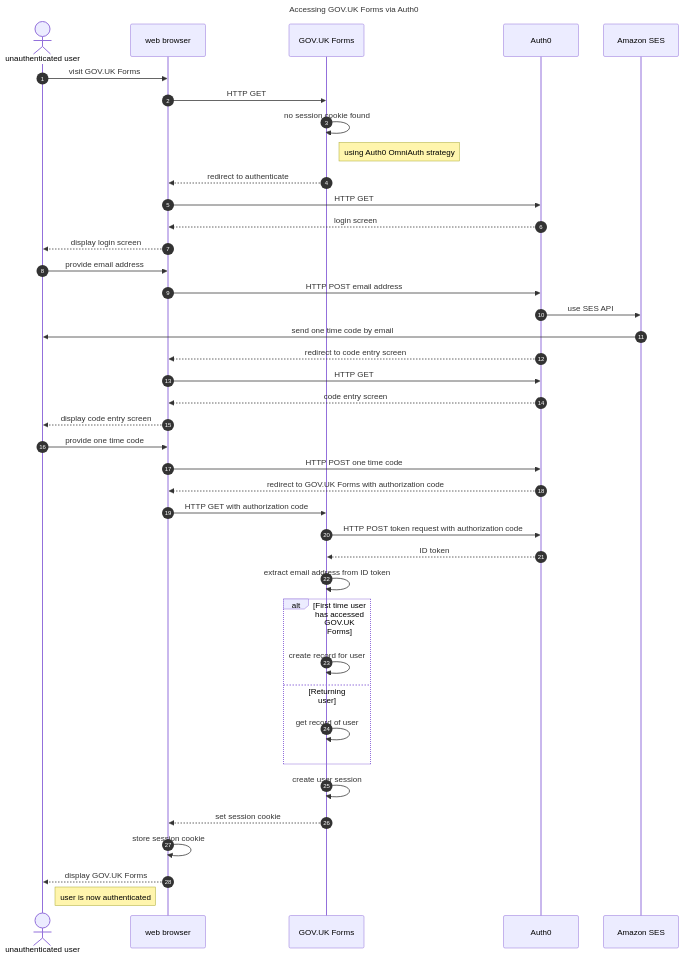
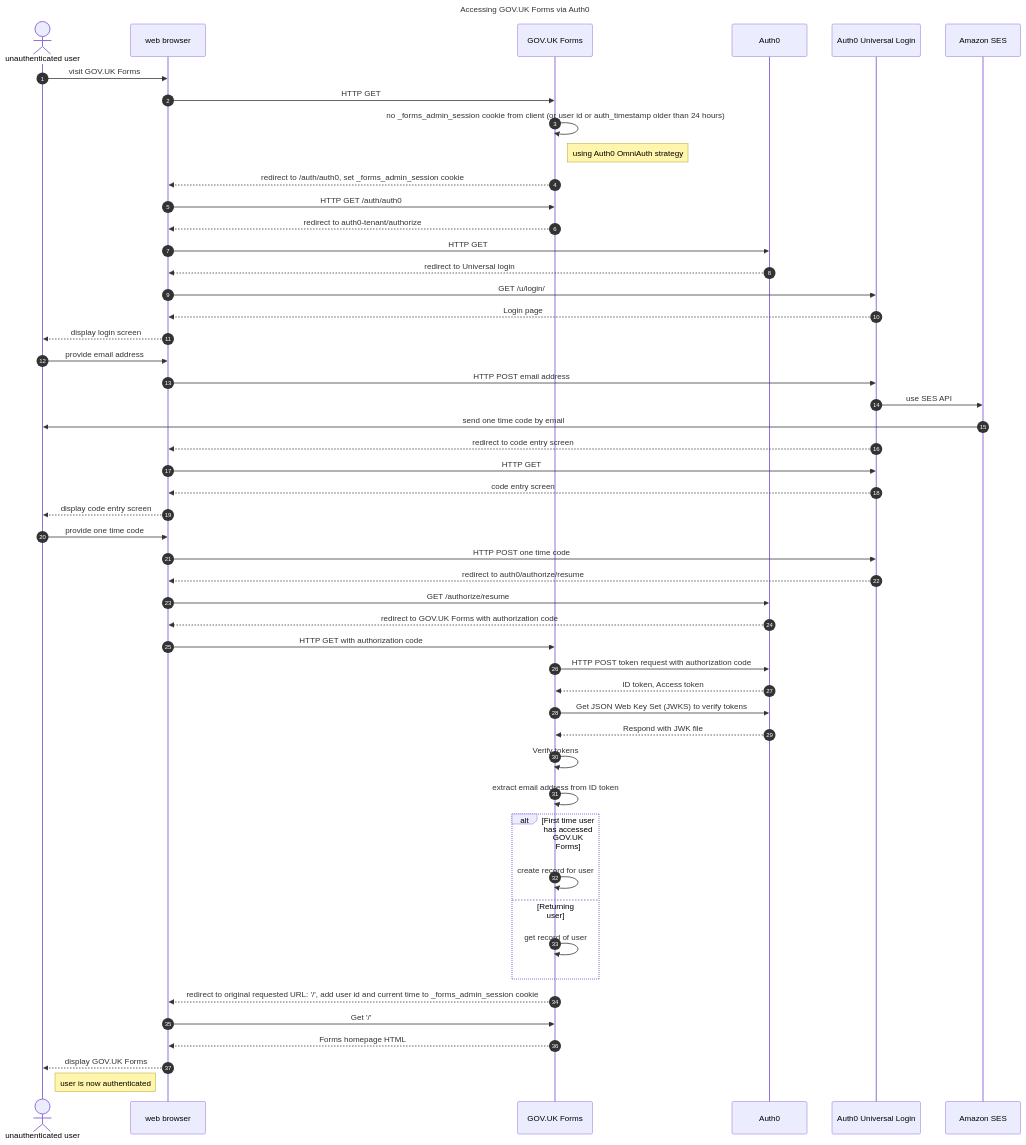
Before and after one commit to alphagov/forms: the diagram in diagrams/sequence-diagrams/authentication.md, drawn with Mermaid.

Commit message:
Update auth diagram with session timeout
Added the missing redirect to forms admin/auth/auth0.

I've split Auth0 into two actors to reflect the different roles it's
playing in our system.
Originally this was to show the difference between our login session and the [auth0
session](https://auth0.com/docs/manage-users/sessions/session-layers).

[It turns out this doesn't need to be documented
yet](https://trello.com/c/rmk3P0kO/1299-fix-auth0-single-sign-on), but I
think it still might be useful. It would be good to compare with the
google workspace diagram.

It could be that auth0 is outside our control so we should treat
it as a black box.

I've changed the references to session to be more precise about what's
happening. Talking in terms of the cookie values is lower level but
gives [this
ticket](https://trello.com/c/yi3v9Mgo/1121-require-forms-admin-users-to-re-authenticate-after-24-hours)
a clearer description.

Session is the right term but it is also implies more is happening
behind the scenes, which I don't think there is here.

````diff
--- a/diagrams/sequence-diagrams/authentication.md
+++ b/diagrams/sequence-diagrams/authentication.md
@@ -3,49 +3,58 @@
 ```mermaid
 sequenceDiagram
     autonumber
     title Accessing GOV.UK Forms via Auth0
     actor user as unauthenticated user
     participant browser as web browser
     participant forms as GOV.UK Forms
     participant auth0 as Auth0
+    participant auth0-ui as Auth0 Universal Login
     participant ses as Amazon SES
 
     user ->> browser: visit GOV.UK Forms
     browser ->> forms: HTTP GET
-    forms ->> forms: no session cookie found
+    forms ->> forms: no _forms_admin_session cookie from client (or user id or auth_timestamp older than 24 hours)
     note right of forms: using Auth0 OmniAuth strategy
-    forms -->> browser: redirect to authenticate
+    forms -->> browser: redirect to /auth/auth0, set _forms_admin_session cookie
+    browser ->> forms: HTTP GET /auth/auth0
+    forms -->> browser: redirect to auth0-tenant/authorize
     browser ->> auth0: HTTP GET
-    auth0 -->> browser: login screen
+    auth0 -->> browser: redirect to Universal login
+    browser ->> auth0-ui: GET /u/login/
+    auth0-ui -->> browser: Login page
     browser -->> user: display login screen
 
     user ->> browser: provide email address
-    browser ->> auth0: HTTP POST email address
-    auth0 ->> ses: use SES API
+    browser ->> auth0-ui: HTTP POST email address
+    auth0-ui ->> ses: use SES API
     ses ->> user: send one time code by email
-    auth0 -->> browser: redirect to code entry screen
-    browser ->> auth0: HTTP GET
-    auth0 -->> browser: code entry screen
+    auth0-ui -->> browser: redirect to code entry screen
+    browser ->> auth0-ui: HTTP GET
+    auth0-ui -->> browser: code entry screen
     browser -->> user: display code entry screen
 
     user ->> browser: provide one time code
-    browser ->> auth0: HTTP POST one time code
+    browser ->> auth0-ui: HTTP POST one time code
+    auth0-ui -->> browser: redirect to auth0/authorize/resume
+    browser ->> auth0: GET /authorize/resume
     auth0 -->> browser: redirect to GOV.UK Forms with authorization code
 
     browser ->> forms: HTTP GET with authorization code
     forms ->> auth0: HTTP POST token request with authorization code
-    auth0 -->> forms: ID token
+    auth0 -->> forms: ID token, Access token
+    forms ->> auth0: Get JSON Web Key Set (JWKS) to verify tokens
+    auth0 -->> forms: Respond with JWK file
+    forms ->> forms: Verify tokens
     forms ->> forms: extract email address from ID token
     alt First time user has accessed GOV.UK Forms
         forms ->> forms: create record for user
     else Returning user
         forms ->> forms: get record of user
     end
-    forms ->> forms: create user session
-    forms -->> browser: set session cookie
-    browser ->> browser: store session cookie
+    forms -->> browser: redirect to original requested URL: '/', add user id and current time to _forms_admin_session cookie
+    browser ->> forms: Get '/'
+    forms -->> browser: Forms homepage HTML
     browser -->> user: display GOV.UK Forms
 
     note right of user: user is now authenticated
-
 ```
````
